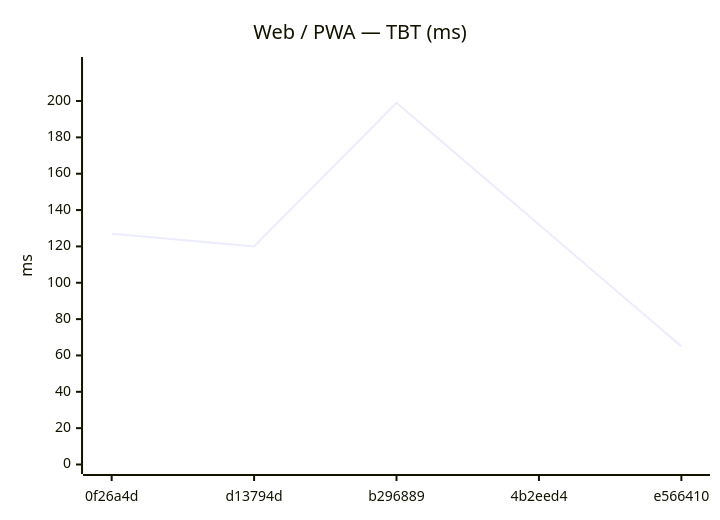
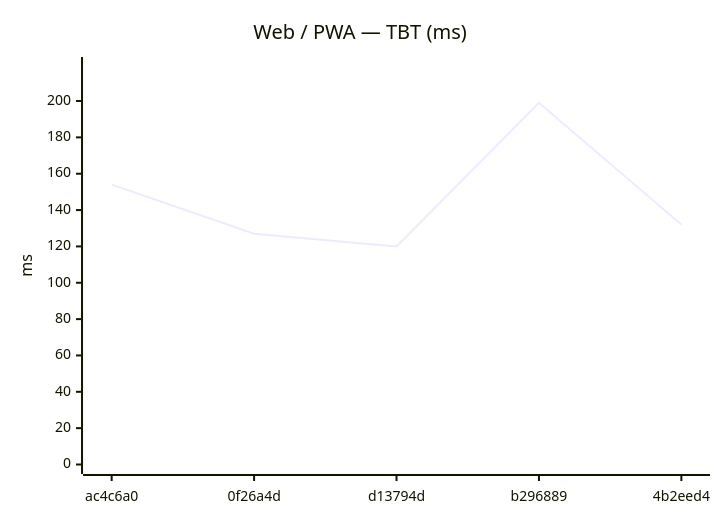
One commit to Metaheurist/Rianell changed the eighth of 18 diagrams in benchmarks/compare.md. Above: the diagram before and after it, drawn with Mermaid. The commit also changed other lines of this file and 11 other files, not shown here.

````diff
--- a/benchmarks/compare.md
+++ b/benchmarks/compare.md
@@ -124,7 +124,7 @@
 ```mermaid
 xychart-beta
     title "Web / PWA — TBT (ms)"
-    x-axis ["0f26a4d", "d13794d", "b296889", "4b2eed4", "e566410"]
+    x-axis ["ac4c6a0", "0f26a4d", "d13794d", "b296889", "4b2eed4"]
     y-axis "ms" 0 --> 219
-    line [127, 120, 199, 132, 65]
+    line [154, 127, 120, 199, 132]
 ```
````
